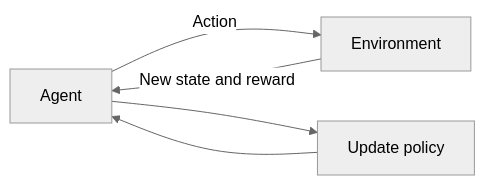
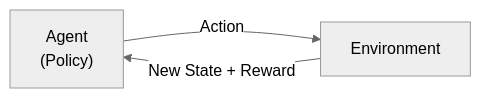
Before and after one commit to kaisarnajar/outcome-school-blogs: the first of 2 diagrams in notes/step-01-machine-learning-foundations/014-reinforcement-learning.md, drawn with Mermaid (neutral theme). The commit also changed other lines of this file and 233 other files, not shown here.

````diff
--- a/notes/step-01-machine-learning-foundations/014-reinforcement-learning.md
+++ b/notes/step-01-machine-learning-foundations/014-reinforcement-learning.md
@@ -43,7 +64,5 @@
 ```mermaid
 flowchart LR
-    A["Agent"] -->|"Action"| E["Environment"]
-    E -->|"New state and reward"| A
-    A --> P["Update policy"]
-    P --> A
+    AG["Agent<br/>(Policy)"] -->|"Action"| EN["Environment"]
+    EN -->|"New State + Reward"| AG
 ```
````
